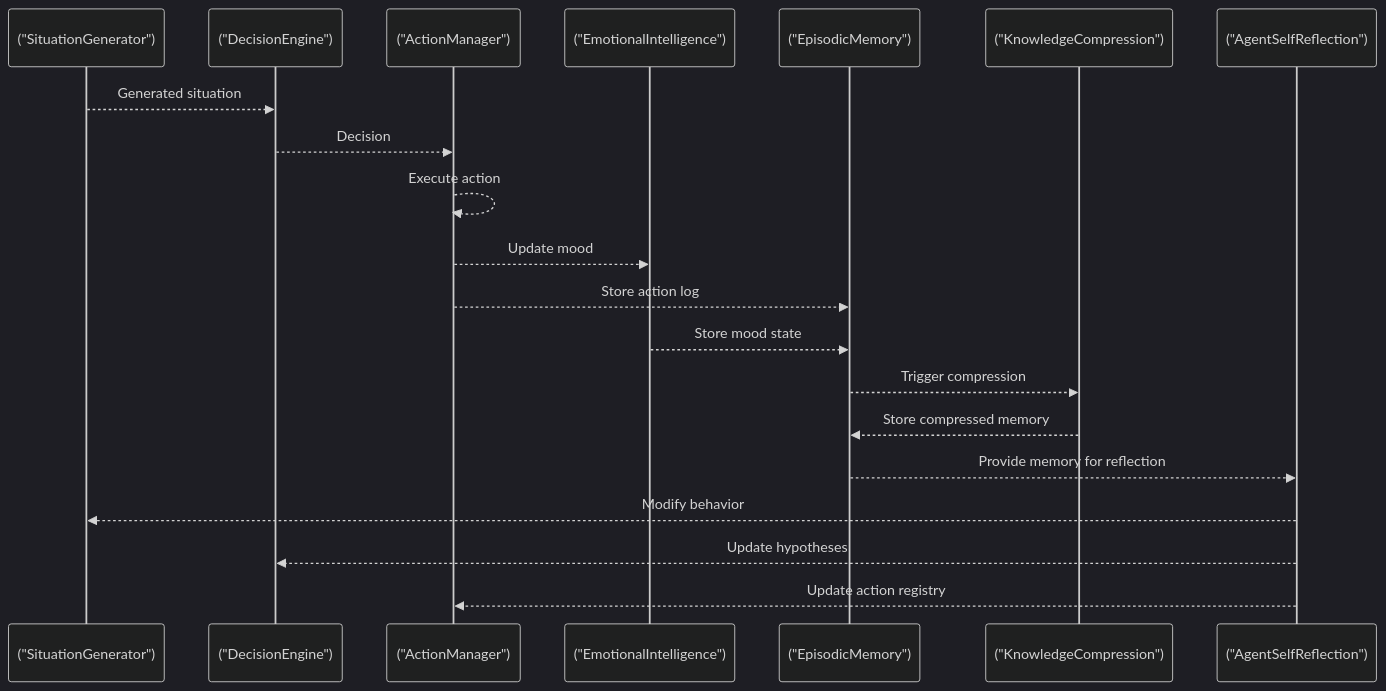
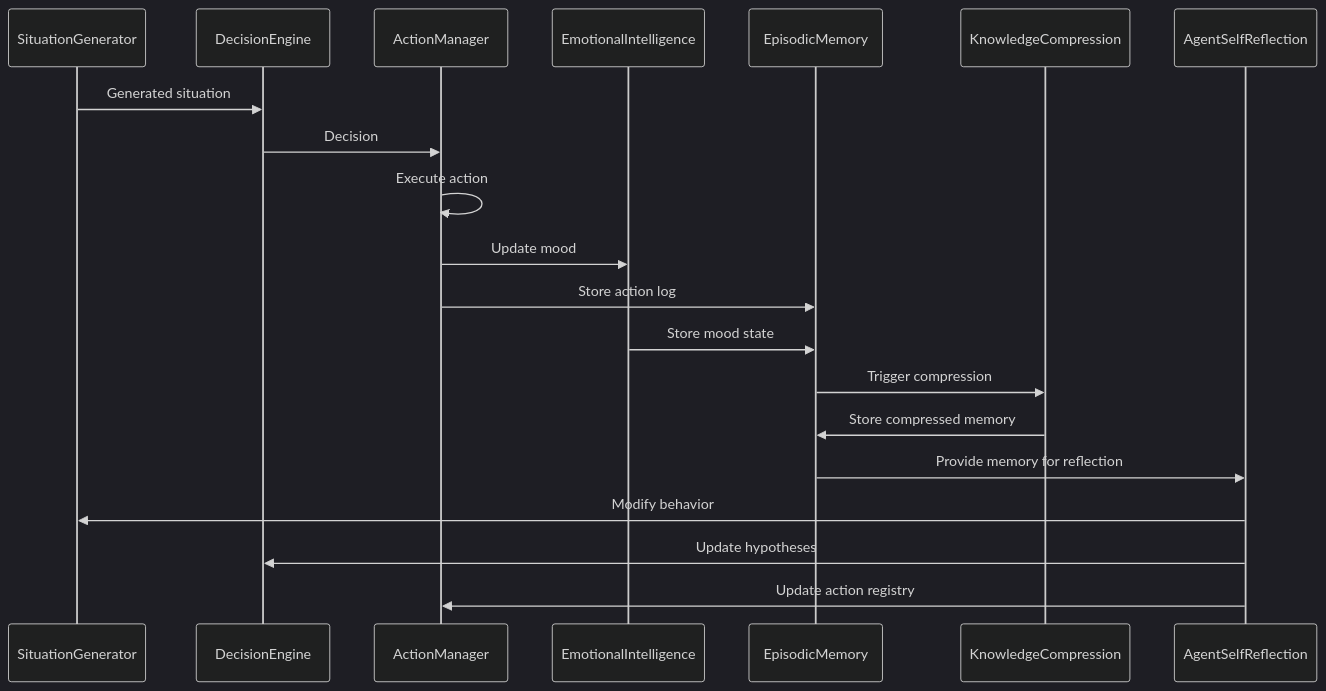
The sixth of 10 diagrams in docs/Architecture & Design/Data Flow and Lifecycle.md (Likhithsai2580/RAVANA-WIKI), drawn with Mermaid (dark theme) before and after one commit. The commit also changed other lines of this file and 78 other files, not shown here.

````diff
--- a/docs/Architecture & Design/Data Flow and Lifecycle.md
+++ b/docs/Architecture & Design/Data Flow and Lifecycle.md
@@ -275,23 +270,22 @@
 ```mermaid
 sequenceDiagram
-participant SG as ("SituationGenerator")
-participant DE as ("DecisionEngine")
-participant AM as ("ActionManager")
-participant EI as ("EmotionalIntelligence")
-participant EM as ("EpisodicMemory")
-participant KC as ("KnowledgeCompression")
-participant SR as ("AgentSelfReflection")
-SG-->>DE : Generated situation
-DE-->>AM : Decision
-AM-->>AM : Execute action
-AM-->>EI : Update mood
-AM-->>EM : Store action log
-EI-->>EM : Store mood state
-EM-->>KC : Trigger compression
-KC-->>EM : Store compressed memory
-EM-->>SR : Provide memory for reflection
-SR-->>SG : Modify behavior
-SR-->>DE : Update hypotheses
-SR-->>AM : Update action registry
-
+participant SG as SituationGenerator
+participant DE as DecisionEngine
+participant AM as ActionManager
+participant EI as EmotionalIntelligence
+participant EM as EpisodicMemory
+participant KC as KnowledgeCompression
+participant SR as AgentSelfReflection
+SG->>DE : Generated situation
+DE->>AM : Decision
+AM->>AM : Execute action
+AM->>EI : Update mood
+AM->>EM : Store action log
+EI->>EM : Store mood state
+EM->>KC : Trigger compression
+KC->>EM : Store compressed memory
+EM->>SR : Provide memory for reflection
+SR->>SG : Modify behavior
+SR->>DE : Update hypotheses
+SR->>AM : Update action registry
 ```
````
